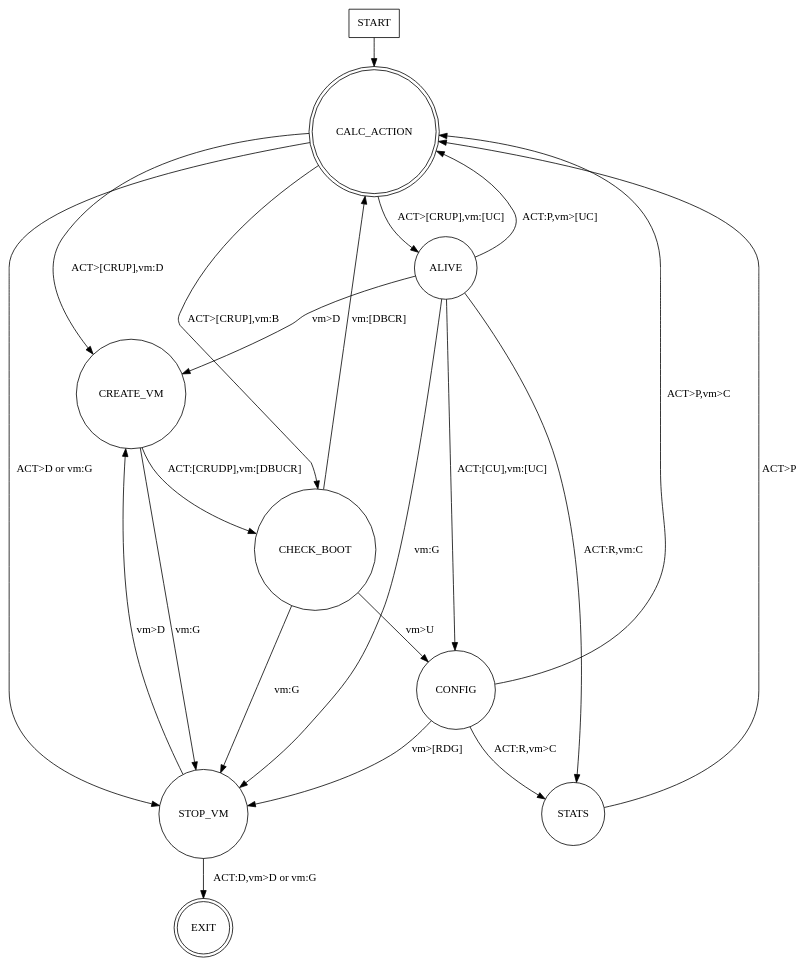
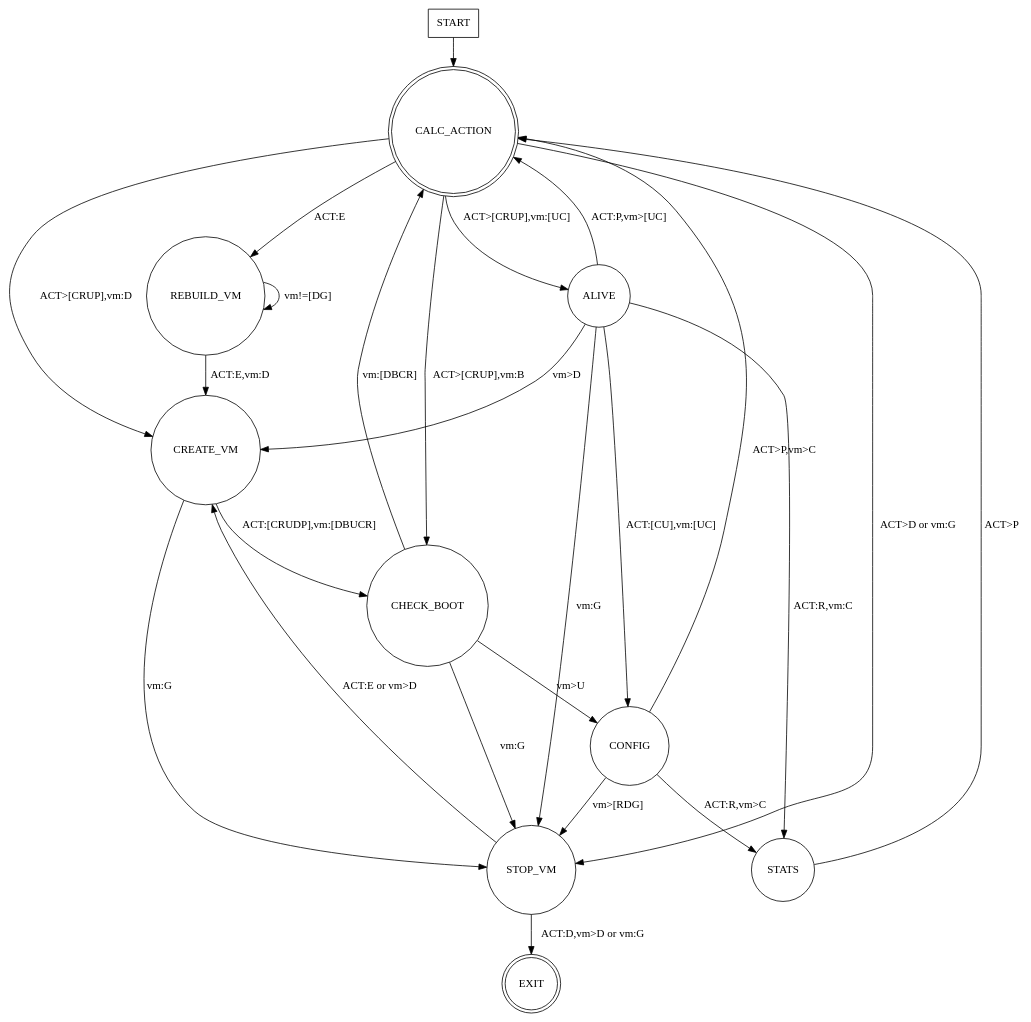
The diagram in doc/source/state_machine.dot (openstack-archive/astara), drawn with Graphviz before and after one commit. The commit also changed 10 other files, not shown here.

```diff
--- a/doc/source/state_machine.dot
+++ b/doc/source/state_machine.dot
@@ -1,44 +1,48 @@
 digraph rug {
   // rankdir=LR;
 
   node [shape = rectangle];
   START;
 
   // These nodes enter and exit the state machine.
 
   node [shape = doublecircle];
   EXIT;
   CALC_ACTION;
 
   node [shape = circle];
 
   START -> CALC_ACTION;
 
   CALC_ACTION -> ALIVE [ label = "ACT>[CRUP],vm:[UC]" ];
   CALC_ACTION -> CREATE_VM [ label = "ACT>[CRUP],vm:D" ];
   CALC_ACTION -> CHECK_BOOT [ label = "ACT>[CRUP],vm:B" ];
+  CALC_ACTION -> REBUILD_VM [ label = "ACT:E" ];
   CALC_ACTION -> STOP_VM [ label = "ACT>D or vm:G" ];
 
   ALIVE -> CREATE_VM [ label = "vm>D" ];
   ALIVE -> CONFIG [ label = "ACT:[CU],vm:[UC]" ];
   ALIVE -> STATS [ label = "ACT:R,vm:C" ];
   ALIVE -> CALC_ACTION [ label = "ACT:P,vm>[UC]" ];
   ALIVE -> STOP_VM [ label = "vm:G" ];
 
   CREATE_VM -> CHECK_BOOT [ label = "ACT:[CRUDP],vm:[DBUCR]" ];
   CREATE_VM -> STOP_VM [ label = "vm:G" ];
 
   CHECK_BOOT -> CONFIG [ label = "vm>U" ];
   CHECK_BOOT -> CALC_ACTION [ label = "vm:[DBCR]" ];
   CHECK_BOOT -> STOP_VM [ label = "vm:G" ];
 
   CONFIG -> STATS [ label = "ACT:R,vm>C" ];
   CONFIG -> CALC_ACTION [ label = "ACT>P,vm>C" ];
   CONFIG -> STOP_VM [ label = "vm>[RDG]" ];
 
   STATS -> CALC_ACTION [ label = "ACT>P" ];
 
-  STOP_VM -> CREATE_VM [ label = "vm>D" ];
+  REBUILD_VM -> REBUILD_VM [ label = "vm!=[DG]" ];
+  REBUILD_VM -> CREATE_VM [ label = "ACT:E,vm:D" ];
+
+  STOP_VM -> CREATE_VM [ label = "ACT:E or vm>D" ];
   STOP_VM -> EXIT [ label = "ACT:D,vm>D or vm:G" ];
 
 }
```
